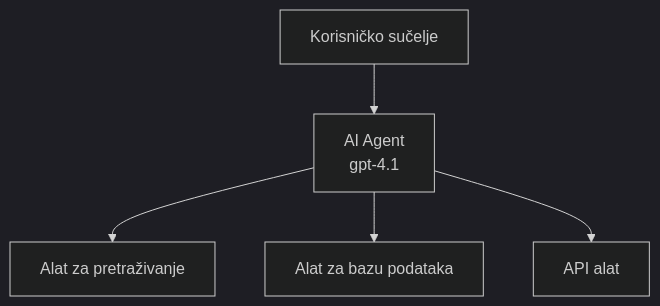
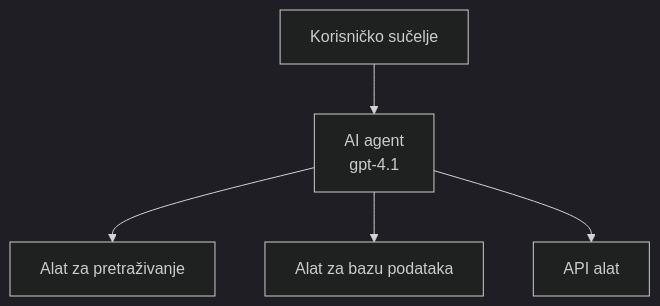
Before and after one commit to microsoft/AZD-for-beginners: the first of 3 diagrams in translations/hr/docs/chapter-02-ai-development/agents.md, drawn with Mermaid (dark theme). The commit also changed other lines of this file and 60 other files, not shown here.

````diff
--- a/translations/hr/docs/chapter-02-ai-development/agents.md
+++ b/translations/hr/docs/chapter-02-ai-development/agents.md
@@ -162,7 +162,7 @@
 ```mermaid
 graph TD
-    UI[Korisničko sučelje] --> Agent[AI Agent<br/>gpt-4.1]
+    UI[Korisničko sučelje] --> Agent[AI agent<br/>gpt-4.1]
     Agent --> Search[Alat za pretraživanje]
     Agent --> Database[Alat za bazu podataka]
     Agent --> API[API alat]
 ```
````
